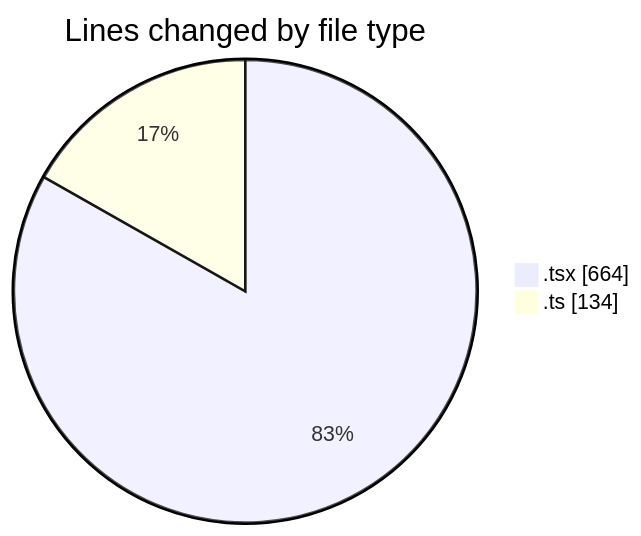
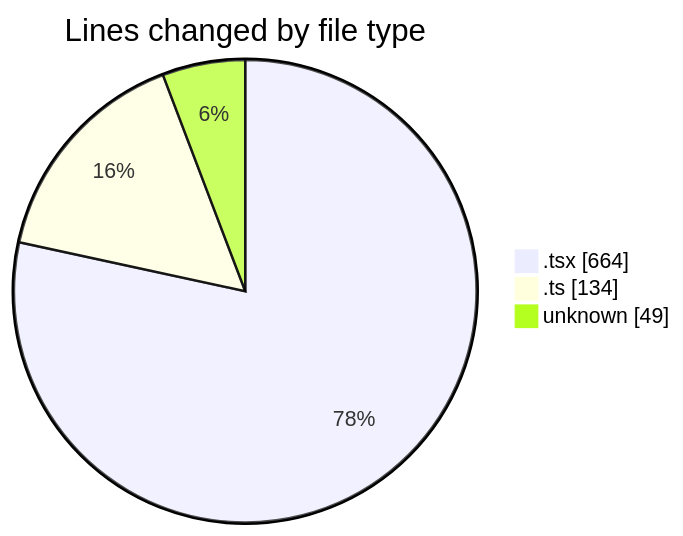
Before and after one commit to Elitesun/code-tracking: the first of 2 diagrams in 2025-05-20/niten/README.md, drawn with Mermaid. The commit also changed other lines of this file and 1 other file, not shown here.

````diff
--- a/2025-05-20/niten/README.md
+++ b/2025-05-20/niten/README.md
@@ -25,6 +26,7 @@
 ```mermaid
 pie showData
 title Lines changed by file type
 ".tsx" : 664
 ".ts" : 134
+"unknown" : 49
 ```
````
